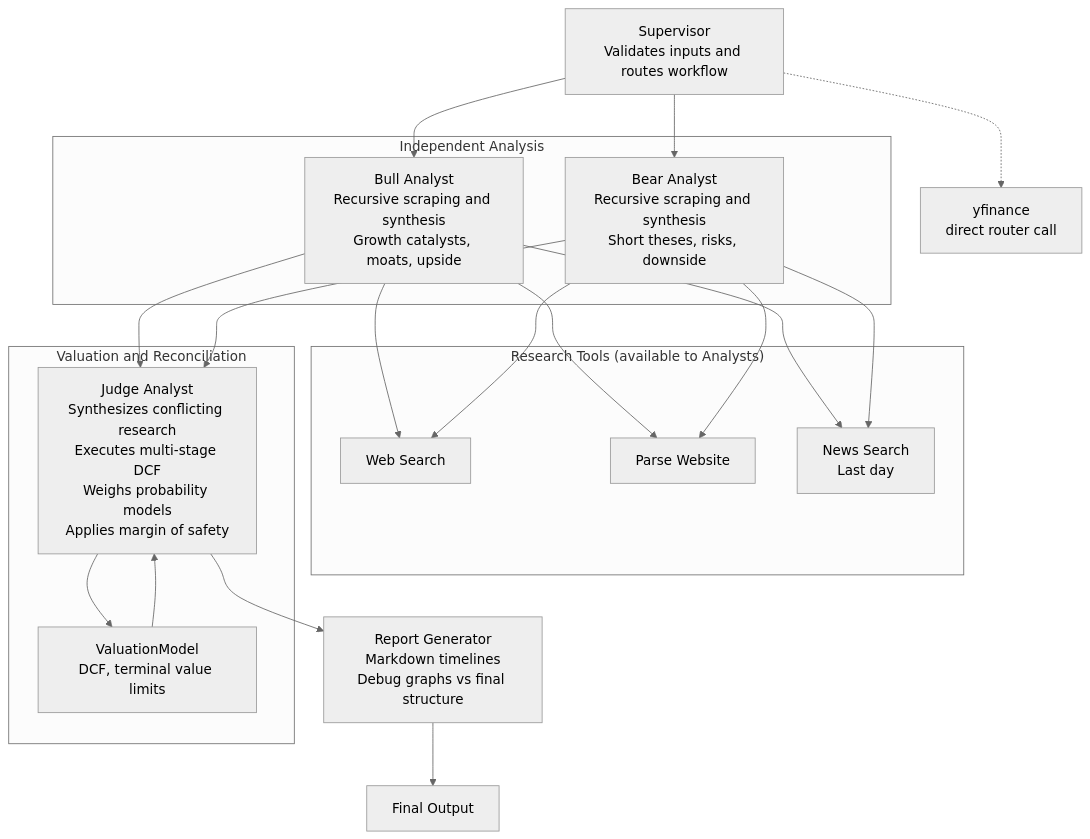
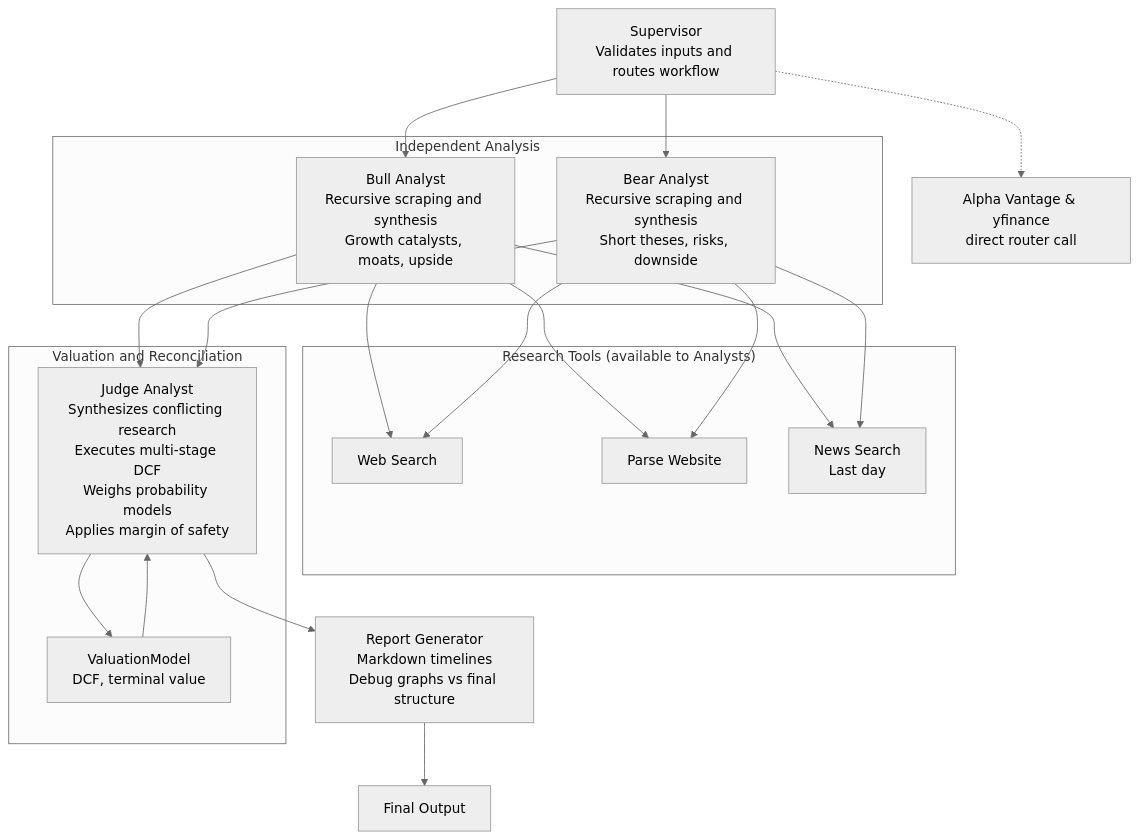
The diagram in README.md (Cocopuffff/valuebrief), drawn with Mermaid (neutral theme) before and after one commit. The commit also changed other lines of this file and 1 other file, not shown here.

Commit message:
docs: update readme with setup instructions and add model recommendations to env-example

````diff
--- a/README.md
+++ b/README.md
@@ -17,42 +23,42 @@
 ```mermaid
 graph TD
     S[Supervisor<br/>Validates inputs and routes workflow]
 
     subgraph "Research Tools (available to Analysts)"
         WS[Web Search]
         PW[Parse Website]
         NS[News Search<br/>Last day]
     end
 
     subgraph "Independent Analysis"
         BA[Bull Analyst<br/>Recursive scraping and synthesis<br/>Growth catalysts, moats, upside]
         BE[Bear Analyst<br/>Recursive scraping and synthesis<br/>Short theses, risks, downside]
     end
 
     BA --> WS
     BA --> PW
     BA --> NS
     BE --> WS
     BE --> PW
     BE --> NS
 
     S --> BA
     S --> BE
 
     BA --> J
     BE --> J
 
     subgraph "Valuation and Reconciliation"
         J[Judge Analyst<br/>Synthesizes conflicting research<br/>Executes multi-stage DCF<br/>Weighs probability models<br/>Applies margin of safety]
-        VM[ValuationModel<br/>DCF, terminal value limits]
+        VM[ValuationModel<br/>DCF, terminal value]
     end
 
     J --> VM
     VM --> J
 
     J --> R[Report Generator<br/>Markdown timelines<br/>Debug graphs vs final structure]
     R --> Done[Final Output]
 
     %% Optional: show yfinance as a router tool still in Supervisor
-    S -.-> YF[yfinance<br/>direct router call]
+    S -.-> AV&YF[Alpha Vantage & yfinance<br/>direct router call]
 ```
````
